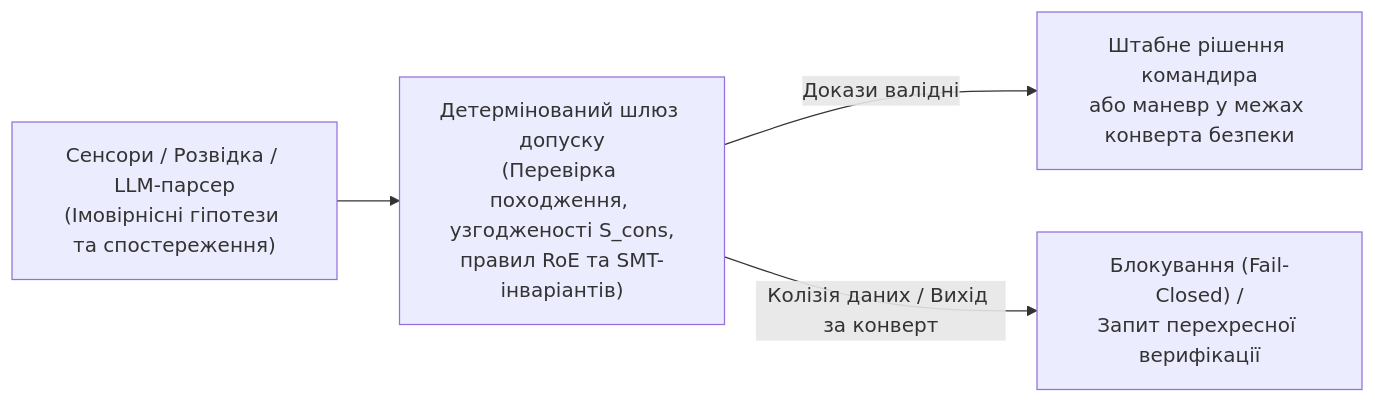
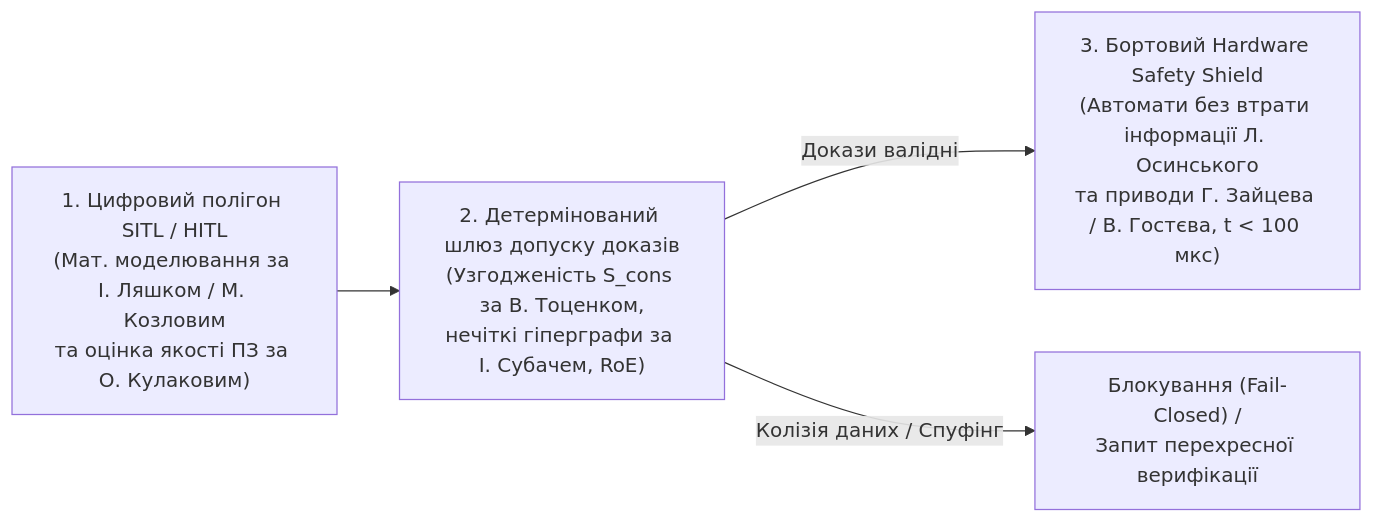
Before and after one commit to nick-fedchik/articles: the seventh of 7 diagrams in MilTech/DOU-Ukrainian-Military-Cybernetics-School-UA.md, drawn with Mermaid. The commit also changed other lines of this file and 1 other file, not shown here.

````diff
--- a/MilTech/DOU-Ukrainian-Military-Cybernetics-School-UA.md
+++ b/MilTech/DOU-Ukrainian-Military-Cybernetics-School-UA.md
@@ -391,6 +417,6 @@
 ```mermaid
 flowchart LR
-    Sensors["Сенсори / Розвідка / LLM-парсер<br/>(Імовірнісні гіпотези та спостереження)"] --> Gate["Детермінований шлюз допуску<br/>(Перевірка походження, узгодженості S_cons,<br/>правил RoE та SMT-інваріантів)"]
-    Gate -->|"Докази валідні"| Action["Штабне рішення командира<br/>або маневр у межах конверта безпеки"]
-    Gate -->|"Колізія даних / Вихід за конверт"| Fallback["Блокування (Fail-Closed) /<br/>Запит перехресної верифікації"]
+    Sim["1. Цифровий полігон SITL / HITL<br/>(Мат. моделювання за І. Ляшком / М. Козловим<br/>та оцінка якості ПЗ за О. Кулаковим)"] --> Gate["2. Детермінований шлюз допуску доказів<br/>(Узгодженість S_cons за В. Тоценком,<br/>нечіткі гіперграфи за І. Субачем, RoE)"]
+    Gate -->|"Докази валідні"| Shield["3. Бортовий Hardware Safety Shield<br/>(Автомати без втрати інформації Л. Осинського<br/>та приводи Г. Зайцева / В. Гостєва, t < 100 мкс)"]
+    Gate -->|"Колізія даних / Спуфінг"| Reject["Блокування (Fail-Closed) /<br/>Запит перехресної верифікації"]
 ```
````
